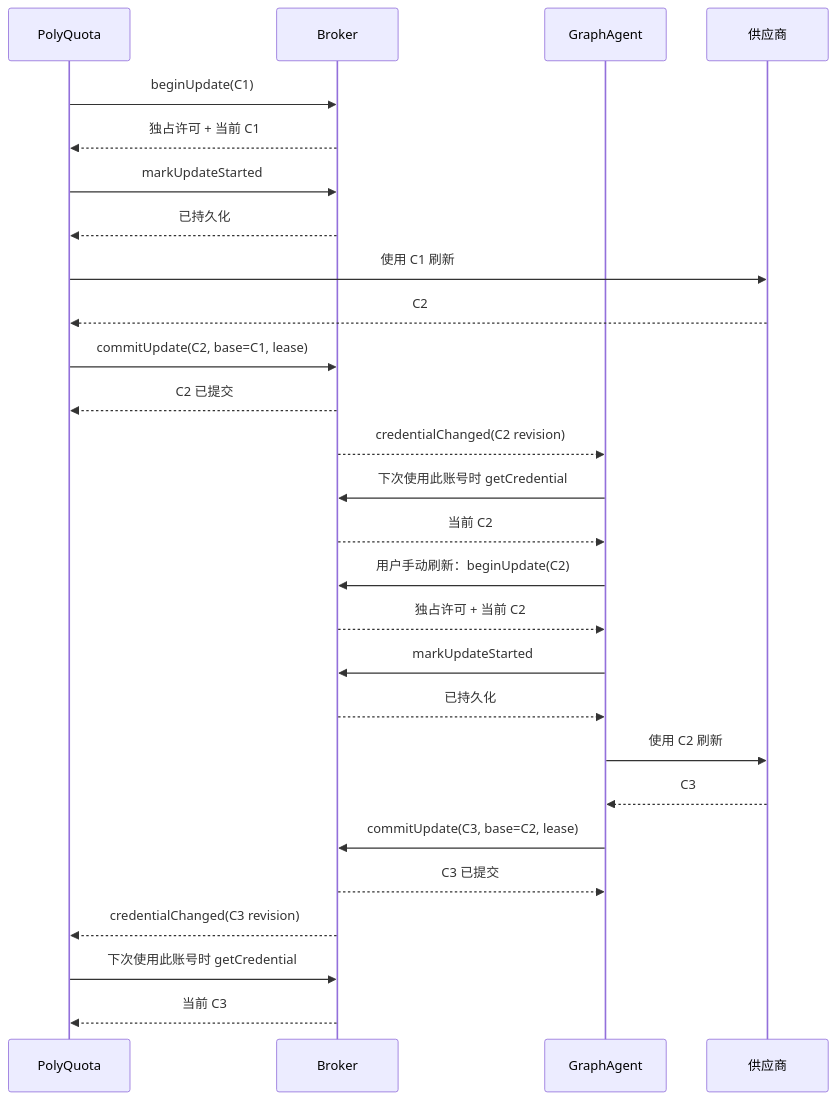
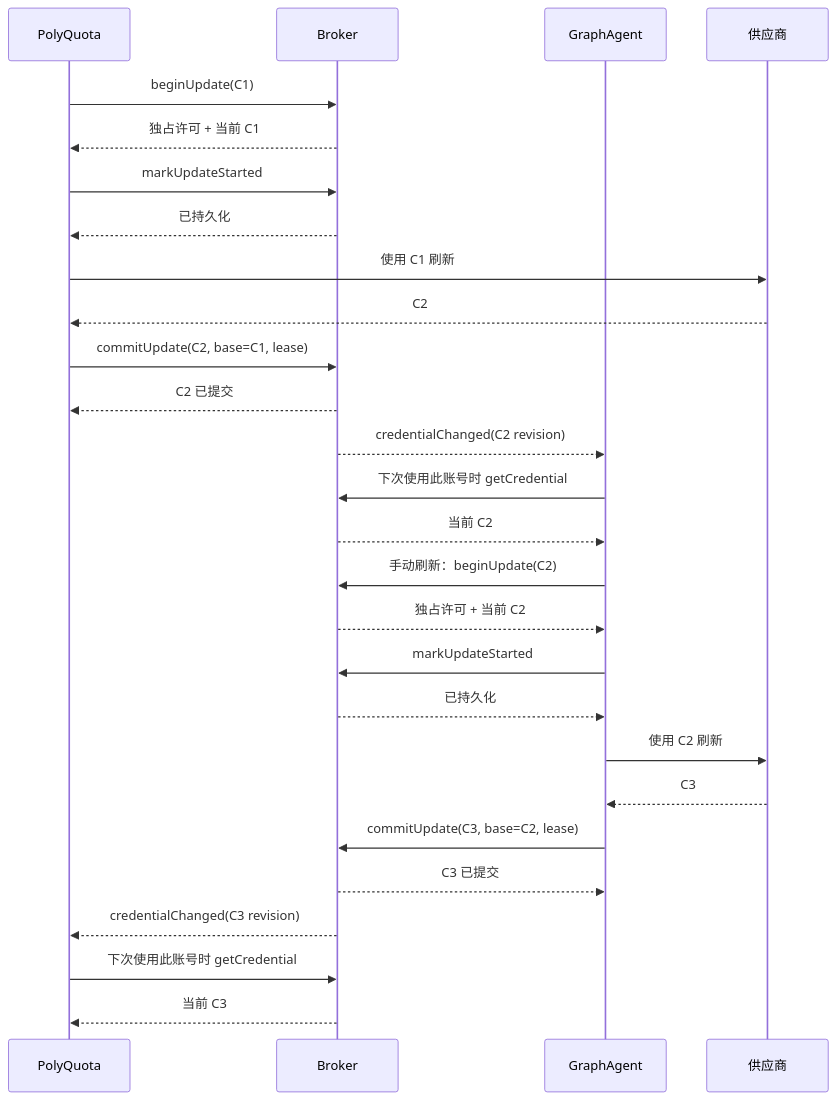
One commit to SwingCosmic/astra-conductor changed the second of 2 diagrams in docs/common/core/credential-sharing/design.md. Above: the diagram before and after it, drawn with Mermaid. The commit also changed other lines of this file and 9 other files, not shown here.

````diff
--- a/docs/common/core/credential-sharing/design.md
+++ b/docs/common/core/credential-sharing/design.md
@@ -122,29 +91,29 @@
 ```mermaid
 sequenceDiagram
     participant P as PolyQuota
     participant B as Broker
     participant G as GraphAgent
     participant U as 供应商
     P->>B: beginUpdate(C1)
     B-->>P: 独占许可 + 当前 C1
     P->>B: markUpdateStarted
     B-->>P: 已持久化
     P->>U: 使用 C1 刷新
     U-->>P: C2
     P->>B: commitUpdate(C2, base=C1, lease)
     B-->>P: C2 已提交
     B-->>G: credentialChanged(C2 revision)
     G->>B: 下次使用此账号时 getCredential
     B-->>G: 当前 C2
-    G->>B: 用户手动刷新：beginUpdate(C2)
+    G->>B: 手动刷新：beginUpdate(C2)
     B-->>G: 独占许可 + 当前 C2
     G->>B: markUpdateStarted
     B-->>G: 已持久化
     G->>U: 使用 C2 刷新
     U-->>G: C3
     G->>B: commitUpdate(C3, base=C2, lease)
     B-->>G: C3 已提交
     B-->>P: credentialChanged(C3 revision)
     P->>B: 下次使用此账号时 getCredential
     B-->>P: 当前 C3
 ```
````
